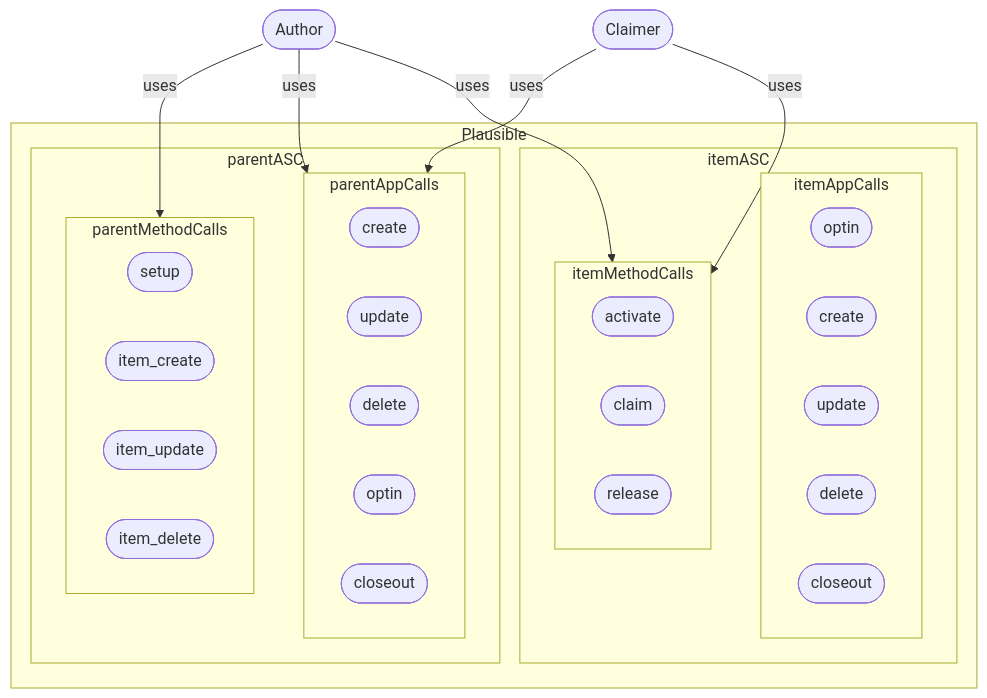
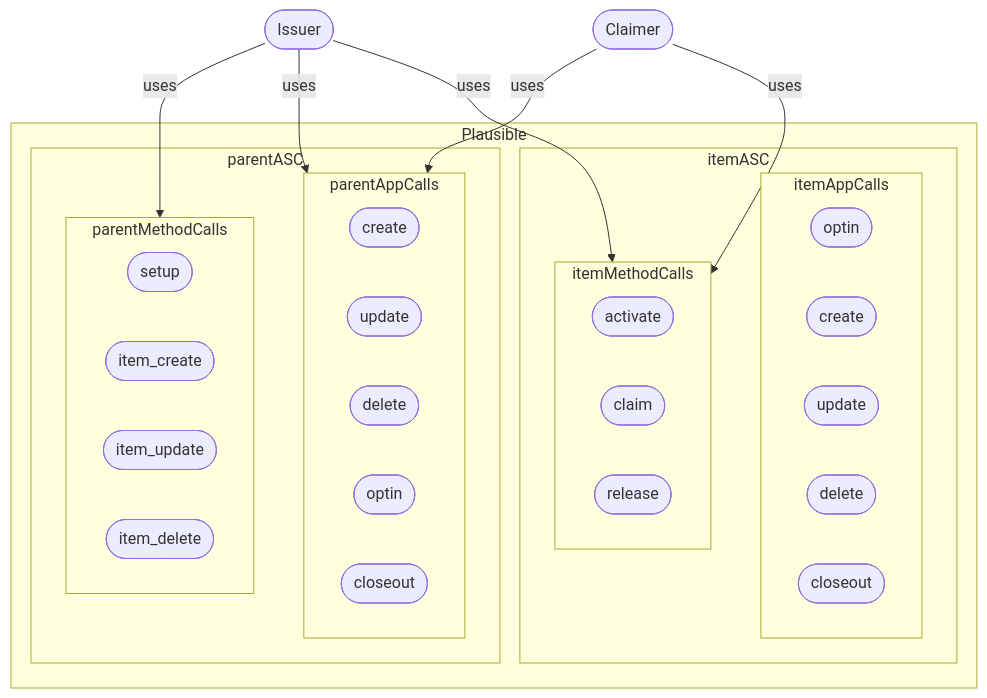
One commit to GoPlausible/.github changed the sixth of 8 diagrams in profile/README.md. Above: the diagram before and after it, drawn with Mermaid. The commit also changed other lines of this file, not shown here.

````diff
--- a/profile/README.md
+++ b/profile/README.md
@@ -253,54 +253,54 @@
 ```mermaid
   flowchart TB
 
-    id1([Author]) --uses--> parentMethodCalls
-    id1([Author]) --uses--> parentAppCalls
-    id1([Author]) --uses--> itemMethodCalls
+    id1([Issuer]) --uses--> parentMethodCalls
+    id1([Issuer]) --uses--> parentAppCalls
+    id1([Issuer]) --uses--> itemMethodCalls
     
 
     id2([Claimer]) --uses--> parentAppCalls 
     id2([Claimer]) --uses--> itemMethodCalls 
   
 
     subgraph Plausible
       
       subgraph parentASC
         subgraph parentAppCalls
         id3([create]) 
         id4([update]) 
         id5([delete]) 
         id6([optin]) 
         id7([closeout]) 
         end
         subgraph parentMethodCalls
         id61([setup]) 
         id8([item_create]) 
         id9([item_update]) 
         id10([item_delete]) 
  
         end
       end
       subgraph itemASC
         
         
         subgraph itemAppCalls
         id12([optin])
         id13([create]) 
         id14([update]) 
         id15([delete]) 
         id17([closeout]) 
         end
         subgraph itemMethodCalls
         id18([setup]) 
         id18([activate]) 
         id19([claim]) 
         id20([release]) 
         end
       end
       
     end 
    
     
     
 
 ```
````
